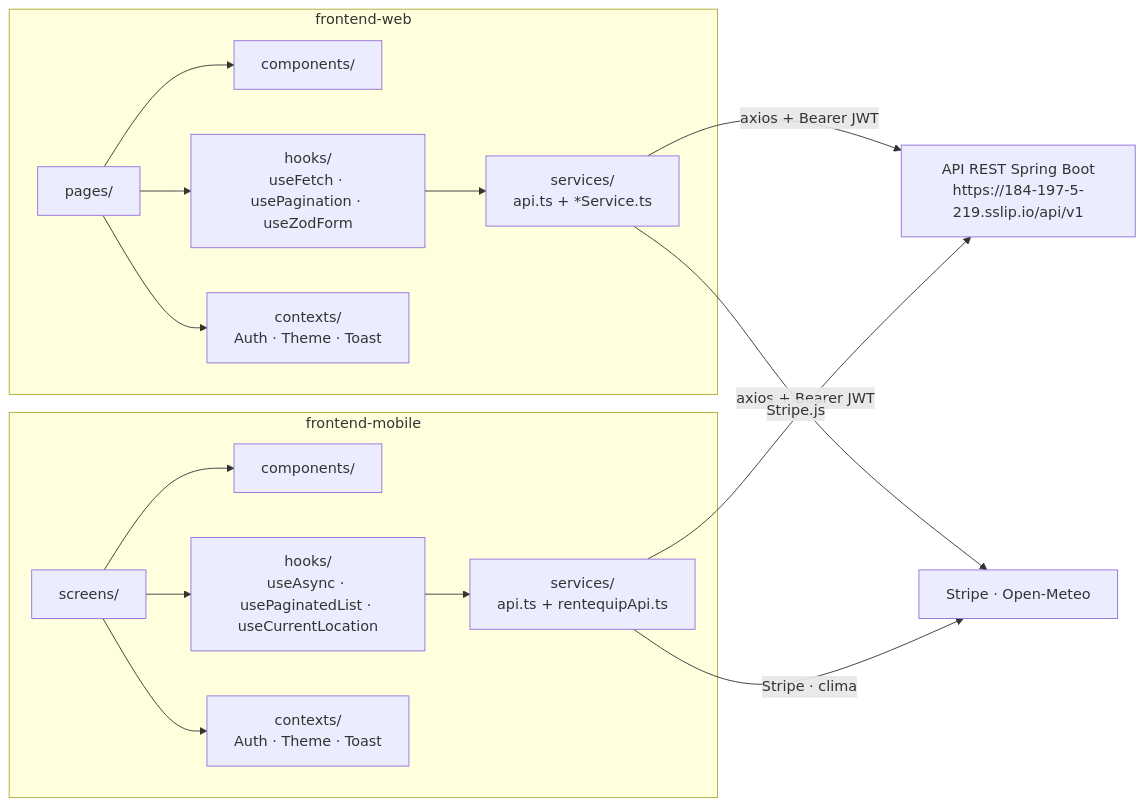
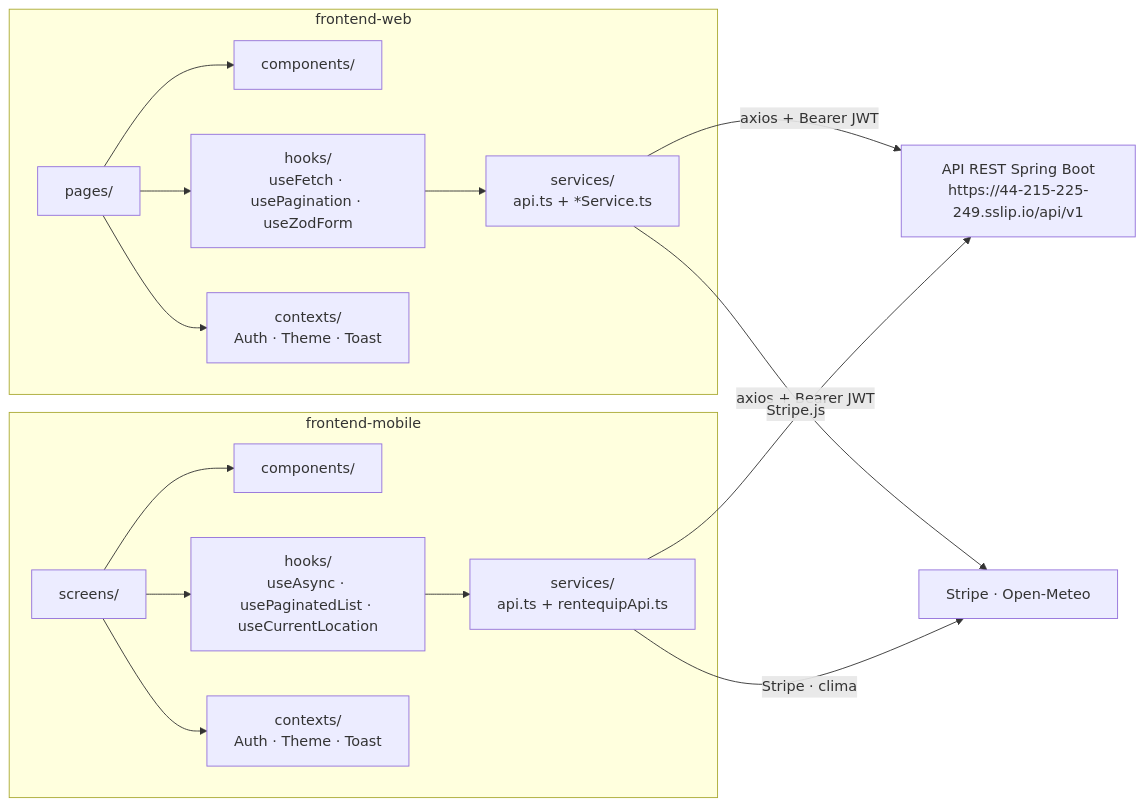
The diagram in README.md (sergio453LOL/FrontendRentequipV2), drawn with Mermaid before and after one commit. The commit also changed other lines of this file and 3 other files, not shown here.

````diff
--- a/README.md
+++ b/README.md
@@ -114,21 +114,21 @@
 ```mermaid
 flowchart LR
     subgraph WEB["frontend-web"]
         WP["pages/"] --> WC["components/"]
         WP --> WH["hooks/<br/>useFetch · usePagination · useZodForm"]
         WH --> WS["services/<br/>api.ts + *Service.ts"]
         WP --> WX["contexts/<br/>Auth · Theme · Toast"]
     end
     subgraph MOB["frontend-mobile"]
         MS["screens/"] --> MC["components/"]
         MS --> MH["hooks/<br/>useAsync · usePaginatedList · useCurrentLocation"]
         MH --> MV["services/<br/>api.ts + rentequipApi.ts"]
         MS --> MX["contexts/<br/>Auth · Theme · Toast"]
     end
-    API["API REST Spring Boot<br/>https://184-197-5-219.sslip.io/api/v1"]
+    API["API REST Spring Boot<br/>https://44-215-225-249.sslip.io/api/v1"]
     EXT["Stripe · Open-Meteo"]
     WS -->|axios + Bearer JWT| API
     MV -->|axios + Bearer JWT| API
     WS -->|Stripe.js| EXT
     MV -->|Stripe · clima| EXT
 ```
````
